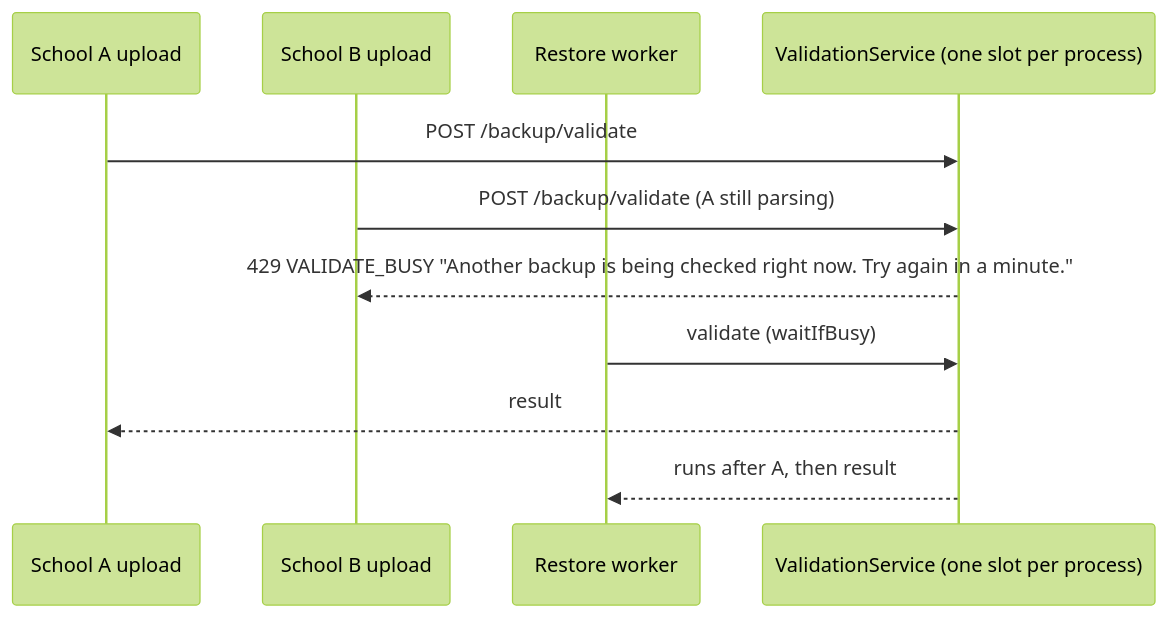
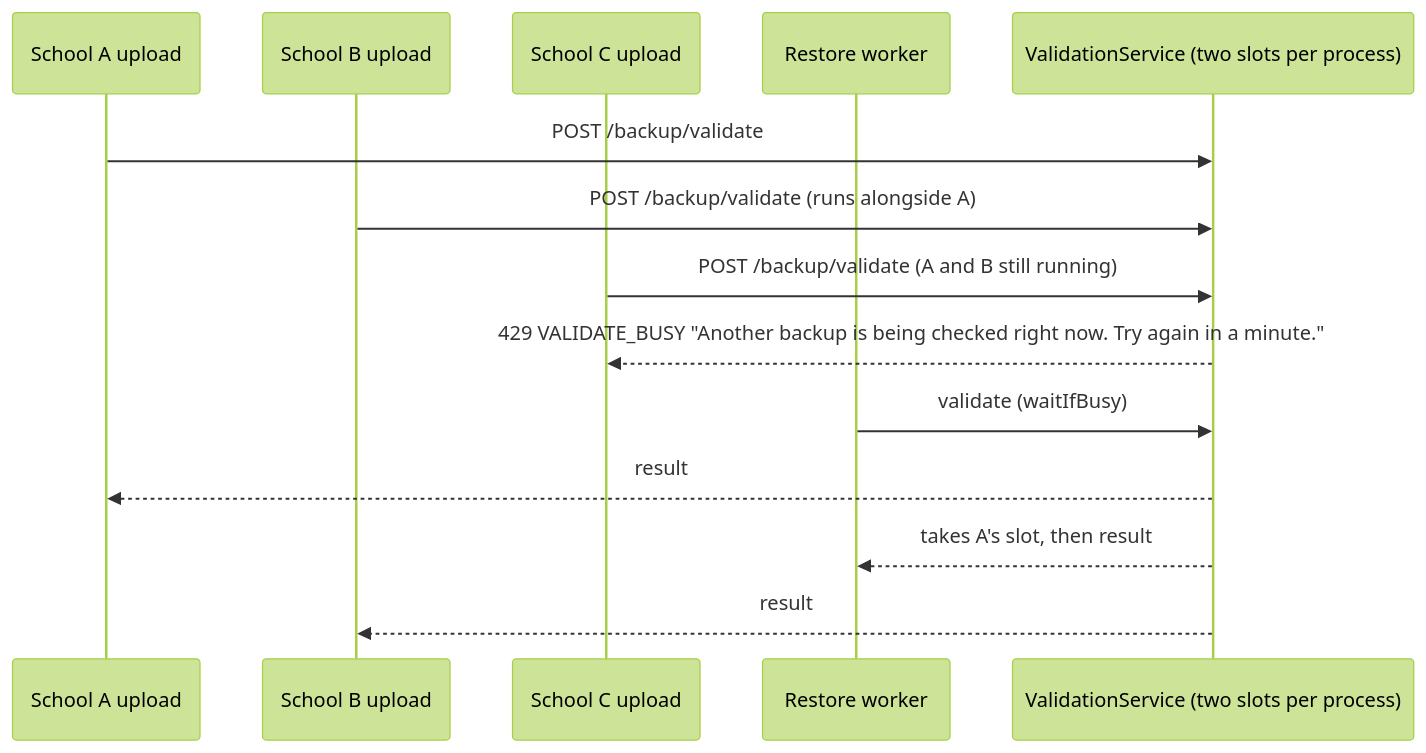
The eighth of 8 diagrams in docs/architecture/14-school-workbook.md (tareq89/biddaloy), drawn with Mermaid (forest theme) before and after one commit. The commit also changed other lines of this file and 2 other files, not shown here.

First line of the commit message:
[78] docs(workbook): record the streaming read, the cap of two and the 10k measurement (#2686)

````diff
--- a/docs/architecture/14-school-workbook.md
+++ b/docs/architecture/14-school-workbook.md
@@ -366,13 +373,16 @@
 ```mermaid
 sequenceDiagram
   participant A as School A upload
   participant B as School B upload
+  participant C as School C upload
   participant R as Restore worker
-  participant V as ValidationService (one slot per process)
+  participant V as ValidationService (two slots per process)
   A->>V: POST /backup/validate
-  B->>V: POST /backup/validate (A still parsing)
-  V-->>B: 429 VALIDATE_BUSY "Another backup is being checked right now. Try again in a minute."
+  B->>V: POST /backup/validate (runs alongside A)
+  C->>V: POST /backup/validate (A and B still running)
+  V-->>C: 429 VALIDATE_BUSY "Another backup is being checked right now. Try again in a minute."
   R->>V: validate (waitIfBusy)
   V-->>A: result
-  V-->>R: runs after A, then result
+  V-->>R: takes A's slot, then result
+  V-->>B: result
 ```
````
